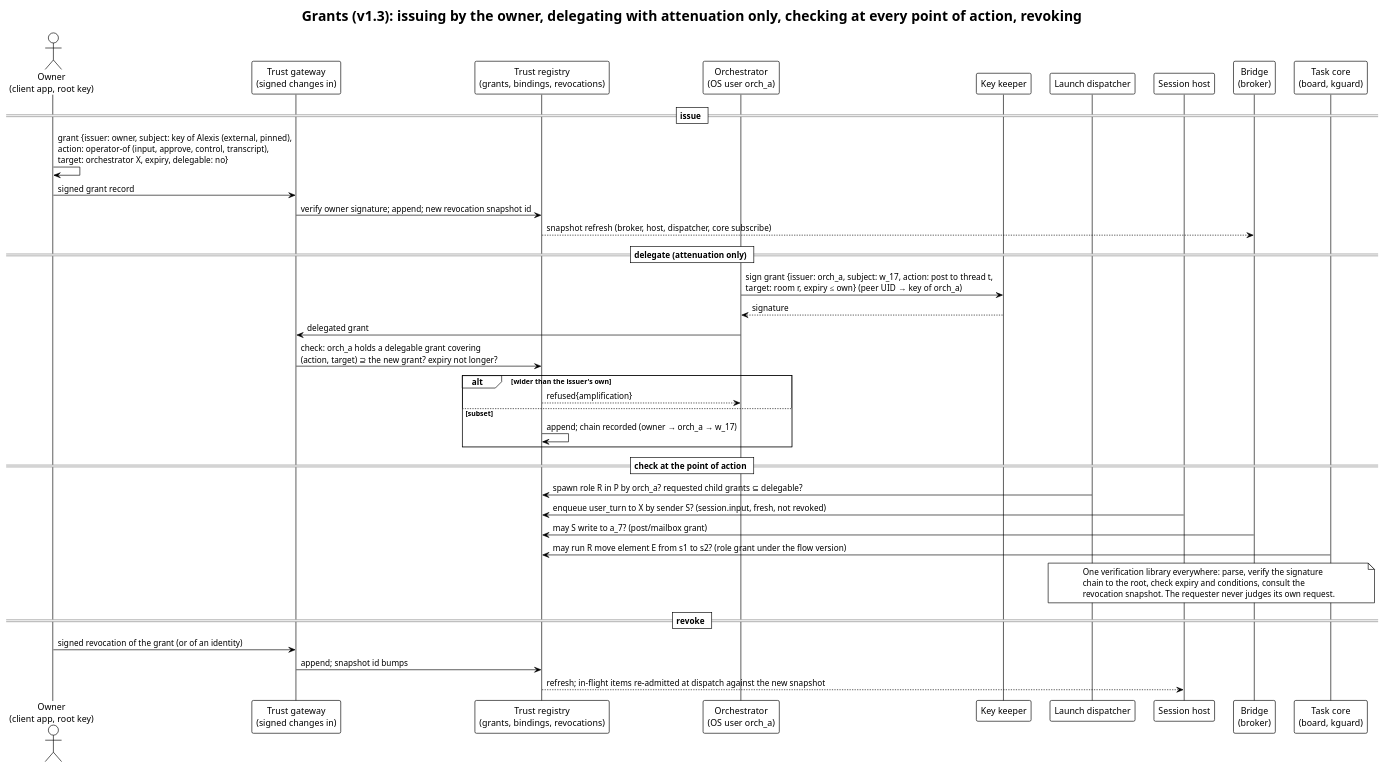
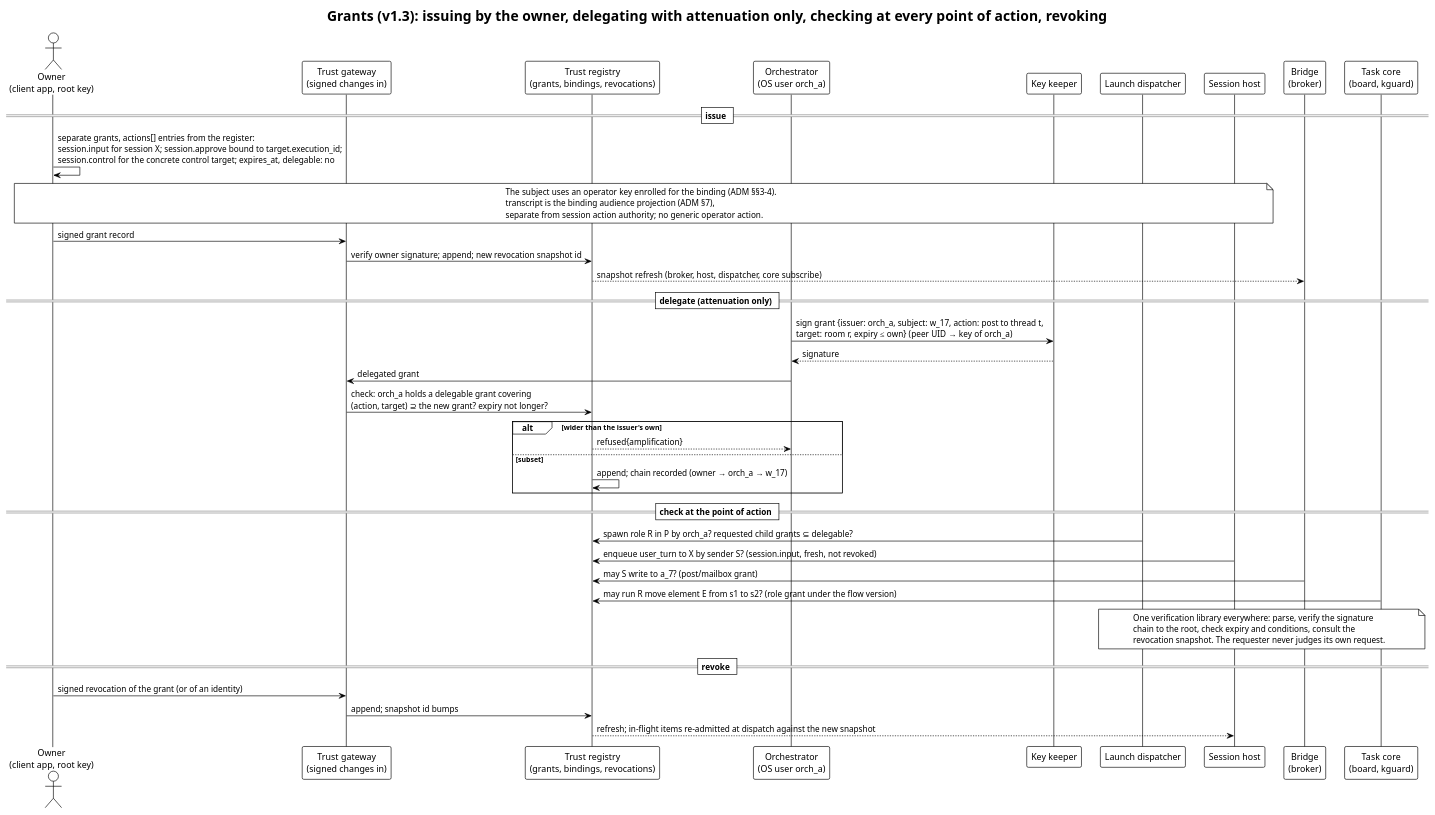
The diagram in diagrams/plantuml/sequence/grant-issue-and-check.puml (relux-works/swarm-platform-architecture), drawn with PlantUML before and after one commit. The commit also changed 16 other files, not shown here.

First line of the commit message:
Wave 6: align the architecture draft with the accepted architecture-review findings (TASK-261013-2pihb0)

```diff
--- a/diagrams/plantuml/sequence/grant-issue-and-check.puml
+++ b/diagrams/plantuml/sequence/grant-issue-and-check.puml
@@ -1,47 +1,53 @@
 @startuml grant-issue-and-check
 !theme plain
+' Updated: accepted architecture-review findings (2026-10-13)
 title Grants (v1.3): issuing by the owner, delegating with attenuation only, checking at every point of action, revoking
 
 actor "Owner\n(client app, root key)" as OW
 participant "Trust gateway\n(signed changes in)" as TG
 participant "Trust registry\n(grants, bindings, revocations)" as T
 participant "Orchestrator\n(OS user orch_a)" as O
 participant "Key keeper" as KK
 participant "Launch dispatcher" as D
 participant "Session host" as SH
 participant "Bridge\n(broker)" as BR
 participant "Task core\n(board, kguard)" as B
 
 == issue ==
-OW -> OW: grant {issuer: owner, subject: key of Alexis (external, pinned),\naction: operator-of (input, approve, control, transcript),\ntarget: orchestrator X, expiry, delegable: no}
+OW -> OW: separate grants, actions[] entries from the register:\nsession.input for session X; session.approve bound to target.execution_id;\nsession.control for the concrete control target; expires_at, delegable: no
+note over OW, SH
+  The subject uses an operator key enrolled for the binding (ADM §§3–4).
+  transcript is the binding audience projection (ADM §7),
+  separate from session action authority; no generic operator action.
+end note
 OW -> TG: signed grant record
 TG -> T: verify owner signature; append; new revocation snapshot id
 T --> BR: snapshot refresh (broker, host, dispatcher, core subscribe)
 
 == delegate (attenuation only) ==
 O -> KK: sign grant {issuer: orch_a, subject: w_17, action: post to thread t,\ntarget: room r, expiry ≤ own} (peer UID → key of orch_a)
 KK --> O: signature
 O -> TG: delegated grant
 TG -> T: check: orch_a holds a delegable grant covering\n(action, target) ⊇ the new grant? expiry not longer?
 alt wider than the issuer's own
   T --> O: refused{amplification}
 else subset
   T -> T: append; chain recorded (owner → orch_a → w_17)
 end
 
 == check at the point of action ==
 D -> T: spawn role R in P by orch_a? requested child grants ⊆ delegable?
 SH -> T: enqueue user_turn to X by sender S? (session.input, fresh, not revoked)
 BR -> T: may S write to a_7? (post/mailbox grant)
 B -> T: may run R move element E from s1 to s2? (role grant under the flow version)
 note over D, B
   One verification library everywhere: parse, verify the signature
   chain to the root, check expiry and conditions, consult the
   revocation snapshot. The requester never judges its own request.
 end note
 
 == revoke ==
 OW -> TG: signed revocation of the grant (or of an identity)
 TG -> T: append; snapshot id bumps
 T --> SH: refresh; in-flight items re-admitted at dispatch against the new snapshot
 @enduml
```
